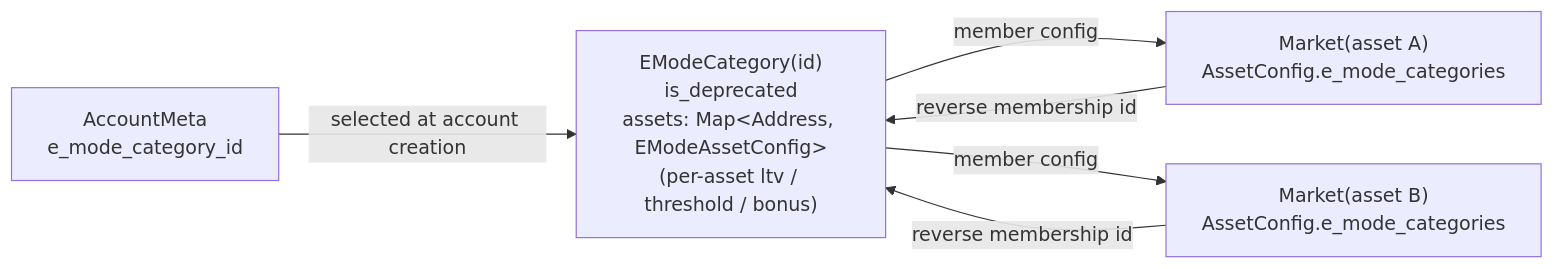
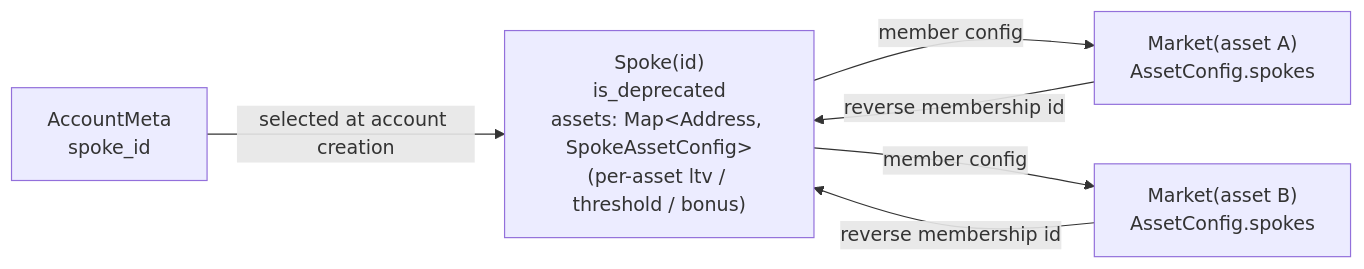
Before and after one commit to XOXNO/rs-lending-xlm: the tenth of 14 diagrams in SCF_BUILD_ARCHITECTURE.md, drawn with Mermaid. The commit also changed other lines of this file and 7 other files, not shown here.

Commit message:
chore(deploy)!: rename emode -> spoke in deploy tooling + docs (emodes.json->spokes.json, script verbs, Makefile, integration, docs)

````diff
--- a/SCF_BUILD_ARCHITECTURE.md
+++ b/SCF_BUILD_ARCHITECTURE.md
@@ -857,13 +857,13 @@
 ```mermaid
 flowchart LR
-    Cat["EModeCategory(id)<br/>is_deprecated<br/>assets: Map&lt;Address, EModeAssetConfig&gt;<br/>(per-asset ltv / threshold / bonus)"]
-    AssetA["Market(asset A)<br/>AssetConfig.e_mode_categories"]
-    AssetB["Market(asset B)<br/>AssetConfig.e_mode_categories"]
-    Acct["AccountMeta<br/>e_mode_category_id"]
+    Cat["Spoke(id)<br/>is_deprecated<br/>assets: Map&lt;Address, SpokeAssetConfig&gt;<br/>(per-asset ltv / threshold / bonus)"]
+    AssetA["Market(asset A)<br/>AssetConfig.spokes"]
+    AssetB["Market(asset B)<br/>AssetConfig.spokes"]
+    Acct["AccountMeta<br/>spoke_id"]
 
     Cat -->|"member config"| AssetA
     Cat -->|"member config"| AssetB
     AssetA -->|"reverse membership id"| Cat
     AssetB -->|"reverse membership id"| Cat
     Acct -->|"selected at account creation"| Cat
 ```
````
